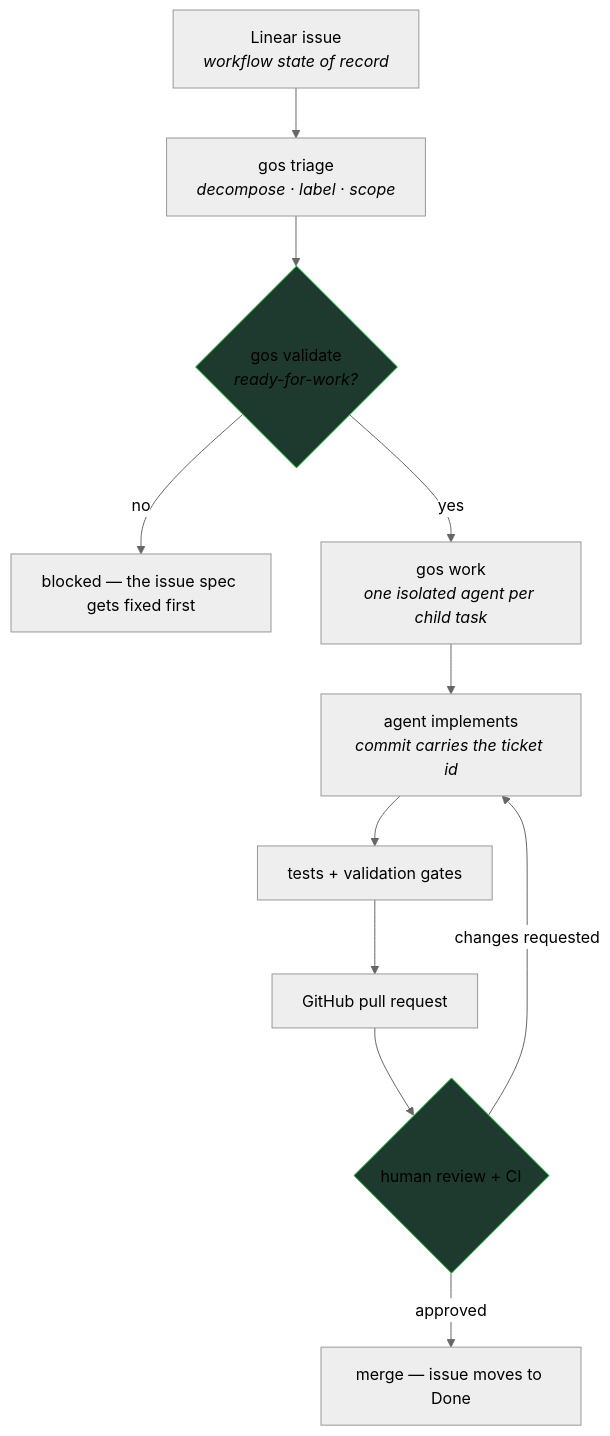
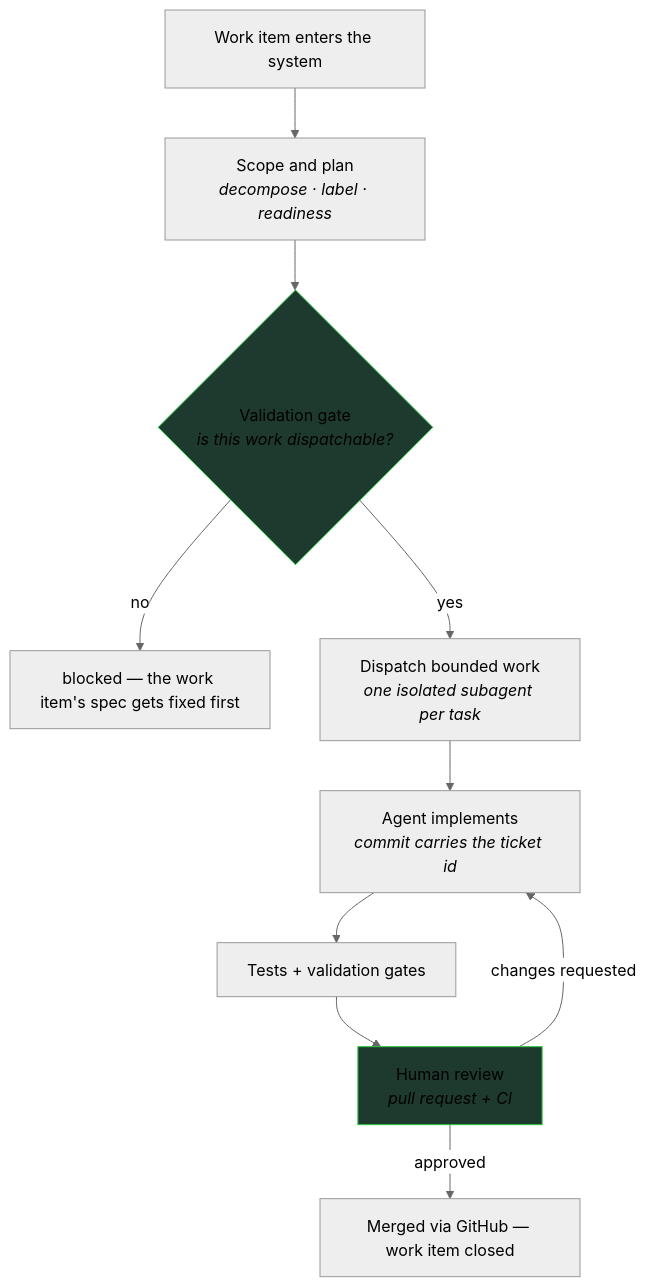
Before and after one commit to Sebastian-O-Rodriguez/guava-os: the first of 2 diagrams in README.md, drawn with Mermaid (neutral theme). The commit also changed other lines of this file, not shown here.

````diff
--- a/README.md
+++ b/README.md
@@ -5,15 +7,14 @@
 ```mermaid
 flowchart TB
-    I["Linear issue<br/><i>workflow state of record</i>"] --> T["gos triage<br/><i>decompose · label · scope</i>"]
-    T --> R{"gos validate<br/><i>ready-for-work?</i>"}
-    R -->|no| B["blocked — the issue spec gets fixed first"]
-    R -->|yes| W["gos work<br/><i>one isolated agent per child task</i>"]
-    W --> AG["agent implements<br/><i>commit carries the ticket id</i>"]
-    AG --> V["tests + validation gates"]
-    V --> PR["GitHub pull request"]
-    PR --> RV{"human review + CI"}
-    RV -->|approved| M["merge — issue moves to Done"]
-    RV -->|changes requested| AG
+    I["Work item enters the system"] --> T["Scope and plan<br/><i>decompose · label · readiness</i>"]
+    T --> R{"Validation gate<br/><i>is this work dispatchable?</i>"}
+    R -->|no| B["blocked — the work item's spec gets fixed first"]
+    R -->|yes| W["Dispatch bounded work<br/><i>one isolated subagent per task</i>"]
+    W --> AG["Agent implements<br/><i>commit carries the ticket id</i>"]
+    AG --> V["Tests + validation gates"]
+    V --> PR["Human review<br/><i>pull request + CI</i>"]
+    PR -->|approved| M["Merged via GitHub — work item closed"]
+    PR -->|changes requested| AG
     style R fill:#1e3a2f,stroke:#27c93f
-    style RV fill:#1e3a2f,stroke:#27c93f
+    style PR fill:#1e3a2f,stroke:#27c93f
 ```
````
